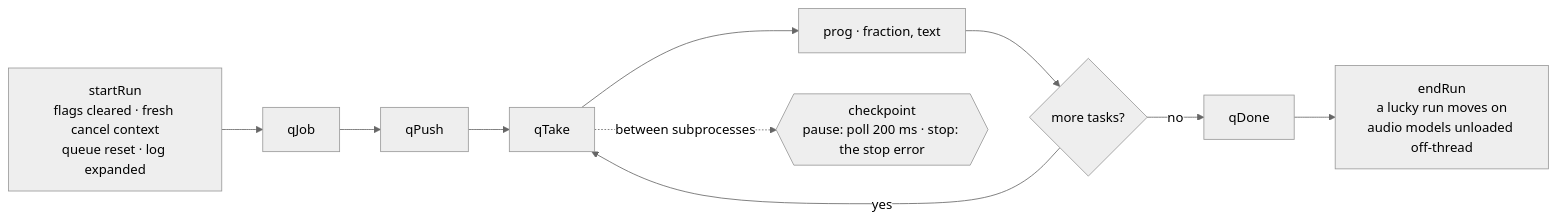
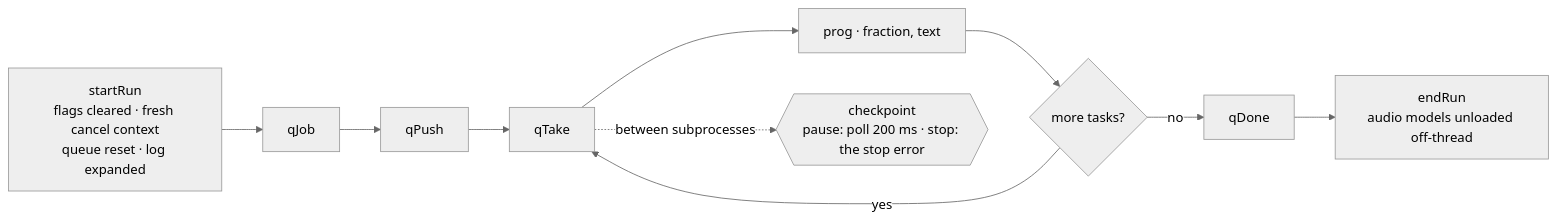
One commit to tbocek/naivepost changed the fourth of 12 diagrams in spec/03-shell.md. Above: the diagram before and after it, drawn with Mermaid (neutral theme). The commit also changed other lines of this file and 537 other files, not shown here.

````diff
--- a/spec/03-shell.md
+++ b/spec/03-shell.md
@@ -130,10 +103,10 @@
 ```mermaid
 flowchart LR
   S["startRun<br/>flags cleared · fresh cancel context<br/>queue reset · log expanded"] --> J["qJob"] --> Q["qPush"] --> T["qTake"]
   T --> P["prog · fraction, text"] --> D{"more tasks?"}
   D -- yes --> T
-  D -- no --> DN["qDone"] --> E["endRun<br/>a lucky run moves on<br/>audio models unloaded off-thread"]
+  D -- no --> DN["qDone"] --> E["endRun<br/>audio models unloaded off-thread"]
   T -.between subprocesses.-> CP{{checkpoint<br/>pause: poll 200 ms · stop: the stop error}}
   classDef refuse fill:#fde2e1,stroke:#c01c28,color:#1a1a1a
   classDef done fill:#e3f1e6,stroke:#2e7d32,color:#1a1a1a
 ```
````
